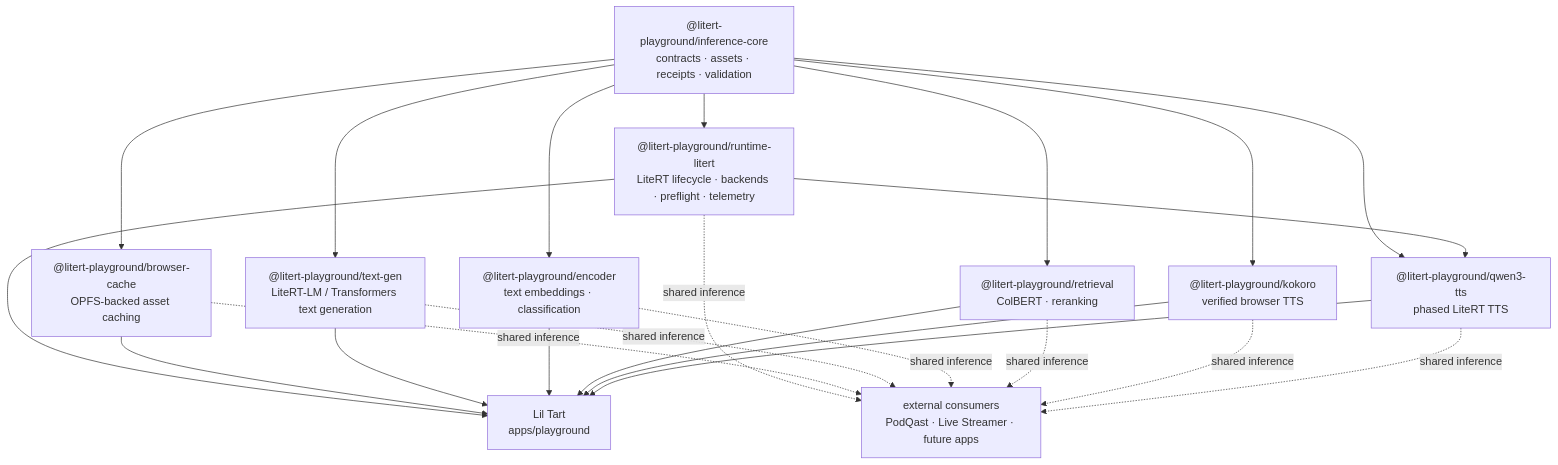
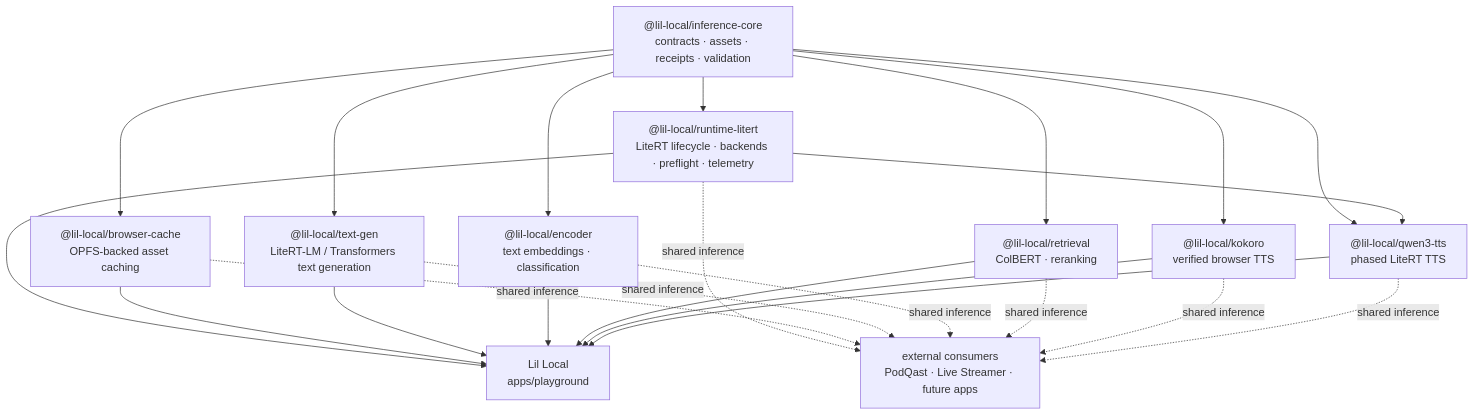
Before and after one commit to myrqyry/lil-local: the diagram in README.md, drawn with Mermaid. The commit also changed other lines of this file and 113 other files, not shown here.

First line of the commit message:
refactor: rename Lil Local and shared package namespace

````diff
--- a/README.md
+++ b/README.md
@@ -126,38 +117,38 @@
 ```mermaid
 flowchart TD
-    core["@litert-playground/inference-core\ncontracts · assets · receipts · validation"]
-    runtime["@litert-playground/runtime-litert\nLiteRT lifecycle · backends · preflight · telemetry"]
-    cache["@litert-playground/browser-cache\nOPFS-backed asset caching"]
-    text["@litert-playground/text-gen\nLiteRT-LM / Transformers text generation"]
-    encoder["@litert-playground/encoder\ntext embeddings · classification"]
-    retrieval["@litert-playground/retrieval\nColBERT · reranking"]
-    kokoro["@litert-playground/kokoro\nverified browser TTS"]
-    qwen["@litert-playground/qwen3-tts\nphased LiteRT TTS"]
-    playground["Lil Tart\napps/playground"]
+    core["@lil-local/inference-core\ncontracts · assets · receipts · validation"]
+    runtime["@lil-local/runtime-litert\nLiteRT lifecycle · backends · preflight · telemetry"]
+    cache["@lil-local/browser-cache\nOPFS-backed asset caching"]
+    text["@lil-local/text-gen\nLiteRT-LM / Transformers text generation"]
+    encoder["@lil-local/encoder\ntext embeddings · classification"]
+    retrieval["@lil-local/retrieval\nColBERT · reranking"]
+    kokoro["@lil-local/kokoro\nverified browser TTS"]
+    qwen["@lil-local/qwen3-tts\nphased LiteRT TTS"]
+    playground["Lil Local\napps/playground"]
     consumers["external consumers\nPodQast · Live Streamer · future apps"]
 
     core --> runtime
     core --> cache
     core --> text
     core --> encoder
     core --> retrieval
     core --> kokoro
     core --> qwen
     runtime --> qwen
 
     runtime --> playground
     cache --> playground
     text --> playground
     encoder --> playground
     retrieval --> playground
     kokoro --> playground
     qwen --> playground
 
     runtime -. shared inference .-> consumers
     cache -. shared inference .-> consumers
     text -. shared inference .-> consumers
     encoder -. shared inference .-> consumers
     retrieval -. shared inference .-> consumers
     kokoro -. shared inference .-> consumers
     qwen -. shared inference .-> consumers
 ```
````
